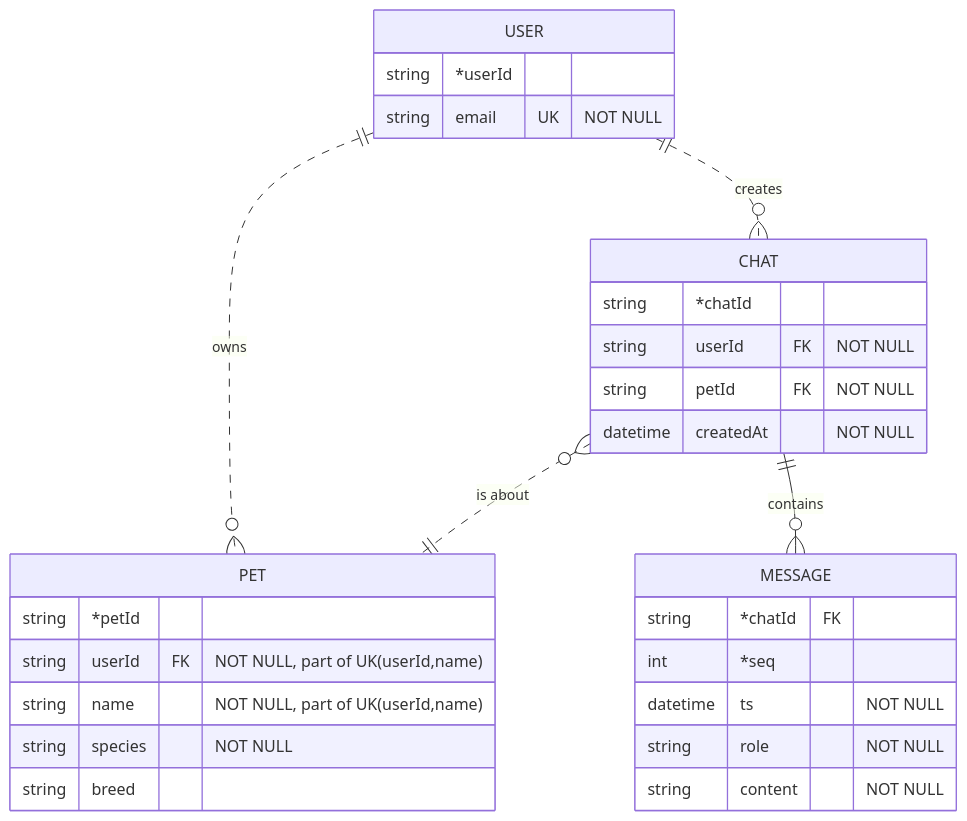
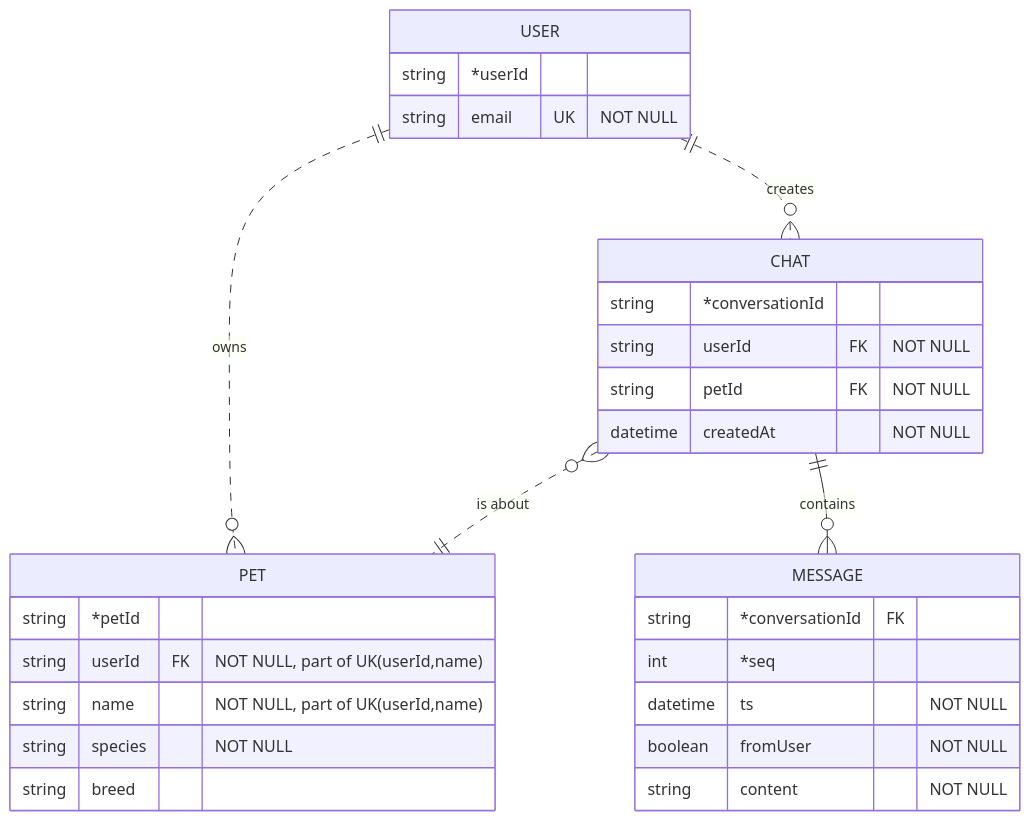
The diagram in README.md (Nicoletta-Leuzzi/Beagle), drawn with Mermaid before and after one commit. The commit also changed 2 other files, not shown here.

Commit message:
Add Conversation model and update Message structure
Introduced a new Conversation class to represent chat sessions, including conversationId, petId, createdAt, and a list of messages. Refactored the Message class to include conversationId, seq, ts, fromUser, and content fields. Updated README to reflect these schema changes.

````diff
--- a/README.md
+++ b/README.md
@@ -27,35 +27,35 @@
 ```mermaid
 erDiagram
   USER 1..0+ PET : owns
   USER 1..0+ CHAT : creates
   USER {
     string *userId
     string email UK "NOT NULL"
   }
 
   %%UNIQUE (userId, name)
   PET {
     string *petId
     string userId FK "NOT NULL, part of UK(userId,name)"
     string name "NOT NULL, part of UK(userId,name)"
     string species "NOT NULL"
     string breed
   }
 
   CHAT 0+..1 PET : "is about"
   CHAT 1--0+ MESSAGE : contains
   CHAT {
-  string *chatId
+  string *conversationId
   string userId FK "NOT NULL"
   string petId FK "NOT NULL"
   datetime createdAt "NOT NULL"
   }
 
   MESSAGE {
-    string *chatId FK
+    string *conversationId FK
     int *seq
     datetime ts "NOT NULL"
-    string role "NOT NULL"
+    boolean fromUser "NOT NULL"
     string content "NOT NULL"
   }
 ```
````
